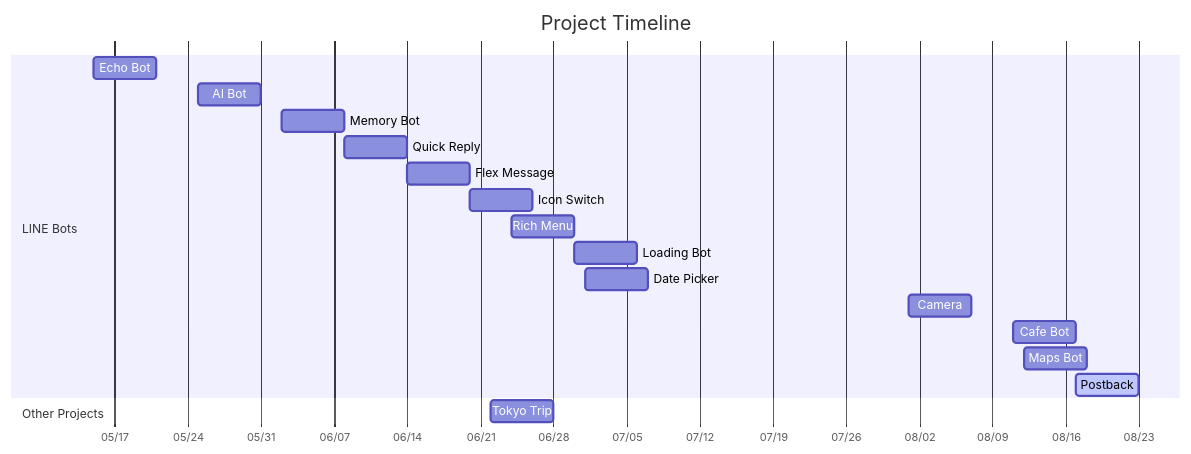
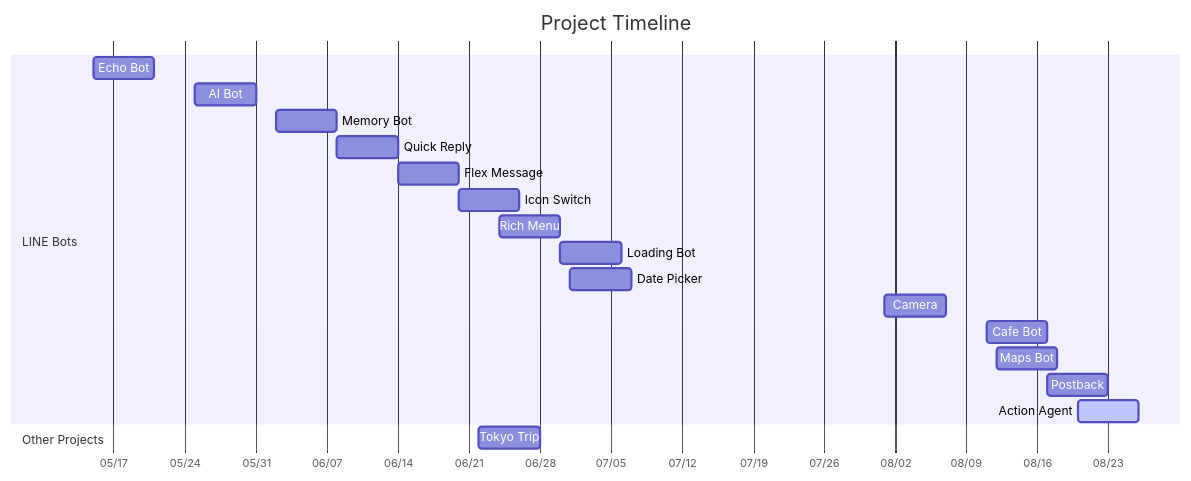
Before and after one commit to zonawang/zona-ai-learning-lab: the diagram in README.md, drawn with Mermaid. The commit also changed other lines of this file, not shown here.

Commit message:
Add Cafe Action Agent learning milestone

````diff
--- a/README.md
+++ b/README.md
@@ -11,24 +11,25 @@
 ```mermaid
 gantt
     title Project Timeline
     dateFormat YYYY-MM-DD
     axisFormat %m/%d
 
     section LINE Bots
     Echo Bot      :p1, 2026-05-15, 6d
     AI Bot        :p2, 2026-05-25, 6d
     Memory Bot    :p3, 2026-06-02, 6d
     Quick Reply   :p4, 2026-06-08, 6d
     Flex Message  :p5, 2026-06-14, 6d
     Icon Switch   :p6, 2026-06-20, 6d
     Rich Menu     :p8, 2026-06-24, 6d
     Loading Bot   :p9, 2026-06-30, 6d
     Date Picker   :p10, 2026-07-01, 6d
     Camera        :p11, 2026-08-01, 6d
     Cafe Bot      :p12, 2026-08-11, 6d
     Maps Bot      :p13, 2026-08-12, 6d
-    Postback      :active, p14, 2026-08-17, 6d
+    Postback      :p14, 2026-08-17, 6d
+    Action Agent  :active, p15, 2026-08-20, 6d
 
     section Other Projects
     Tokyo Trip    :p7, 2026-06-22, 6d
 ```
````
